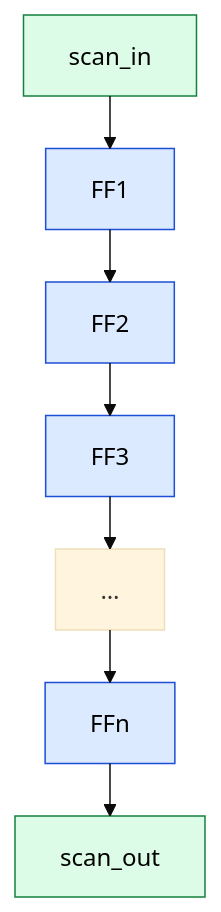
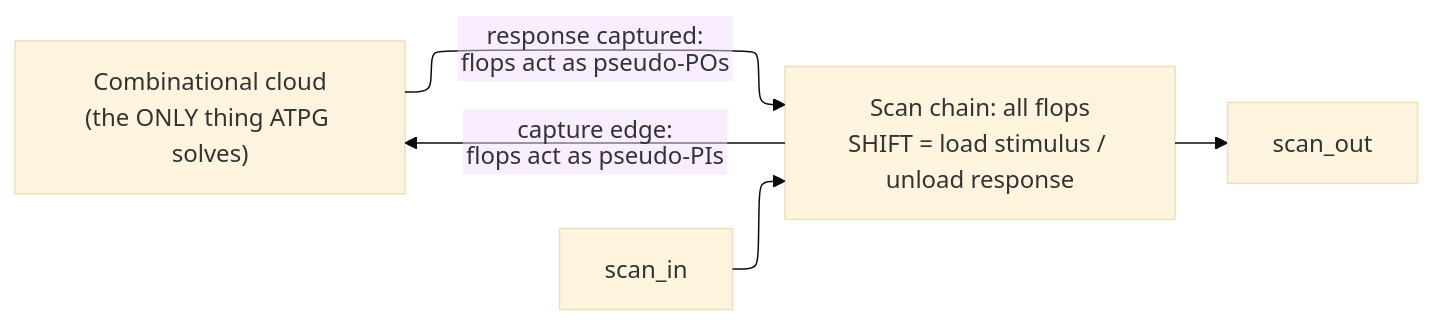
One commit to Wty2003328/silicon-design-notebook changed the first of 3 diagrams in 06_Signoff/02_DFT_and_ATPG.md. Above: the diagram before and after it, drawn with Mermaid (base theme). The commit also changed other lines of this file and 22 other files, not shown here.

Commit message:
Concept-first hard rework complete: all 48 architecture/design pages (trimmed signal dumps; added trade-off analysis + theoretical depth)

````diff
--- a/06_Signoff/02_DFT_and_ATPG.md
+++ b/06_Signoff/02_DFT_and_ATPG.md
@@ -90,9 +64,7 @@
 ```mermaid
 %%{init: {"flowchart": {"defaultRenderer": "elk", "nodeSpacing": 60, "rankSpacing": 60, "htmlLabels": false}}}%%
-flowchart TD
-    SI["scan_in"] --> F1["FF1"] --> F2["FF2"] --> F3["FF3"] --> DOTS["…"] --> FN["FFn"] --> SO["scan_out"]
-    classDef ff fill:#dbeafe,stroke:#1d4ed8,color:#000
-    classDef io fill:#dcfce7,stroke:#15803d,color:#000
-    class F1,F2,F3,FN ff
-    class SI,SO io
+flowchart LR
+    SI["scan_in"] --> CH["Scan chain: all flops\nSHIFT = load stimulus / unload response"] --> SO["scan_out"]
+    CH -->|"capture edge:\nflops act as pseudo-PIs"| CL["Combinational cloud\n(the ONLY thing ATPG solves)"]
+    CL -->|"response captured:\nflops act as pseudo-POs"| CH
 ```
````
